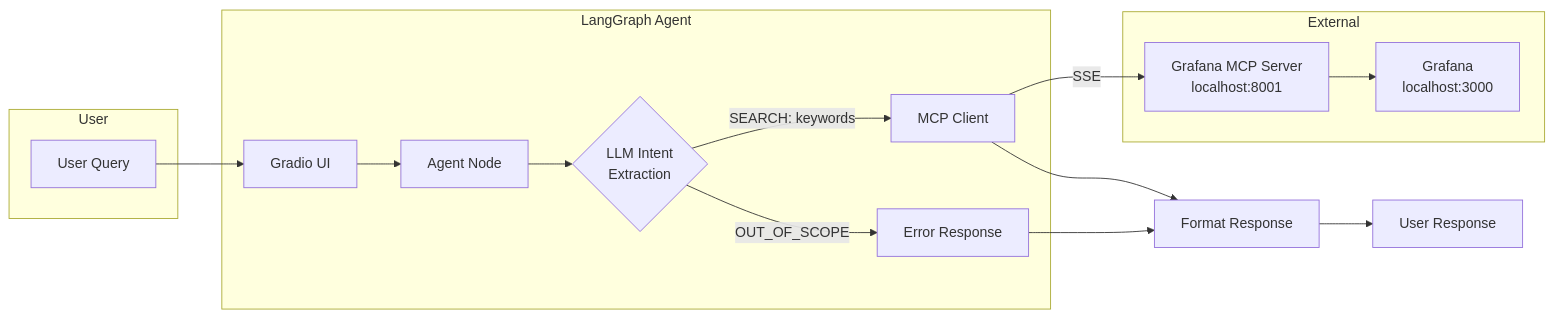
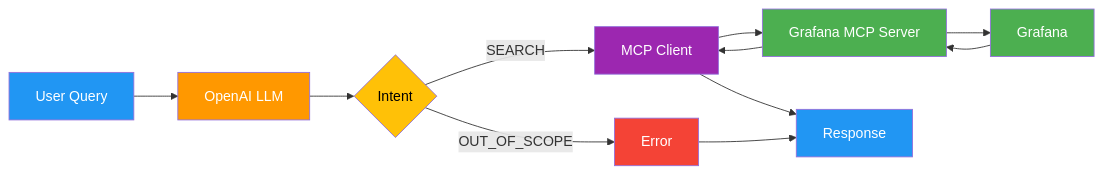
The diagram in README.md (guptaachin/observability-agent), drawn with Mermaid before and after one commit.

Commit message:
add mermaid diagram

````diff
--- a/README.md
+++ b/README.md
@@ -107,23 +107,22 @@
 ```mermaid
 flowchart LR
-    subgraph User
-        A[User Query]
-    end
+    A[User Query] --> B[OpenAI LLM]
+    B --> C{Intent}
+    C -->|SEARCH| D[MCP Client]
+    C -->|OUT_OF_SCOPE| E[Error]
+    D --> F[Grafana MCP Server]
+    F --> G[Grafana]
+    G --> F
+    F --> D
+    D --> H[Response]
+    E --> H
     
-    subgraph Agent["LangGraph Agent"]
-        B[Gradio UI] --> C[Agent Node]
-        C --> D{LLM Intent<br/>Extraction}
-        D -->|SEARCH: keywords| E[MCP Client]
-        D -->|OUT_OF_SCOPE| F[Error Response]
-    end
-    
-    subgraph External
-        E -->|SSE| G[Grafana MCP Server<br/>localhost:8001]
-        G --> H[Grafana<br/>localhost:3000]
-    end
-    
-    A --> B
-    E --> I[Format Response]
-    F --> I
-    I --> J[User Response]
+    style A fill:#2196f3,color:#fff
+    style B fill:#ff9800,color:#fff
+    style C fill:#ffc107,color:#000
+    style D fill:#9c27b0,color:#fff
+    style E fill:#f44336,color:#fff
+    style F fill:#4caf50,color:#fff
+    style G fill:#4caf50,color:#fff
+    style H fill:#2196f3,color:#fff
 ```
````
